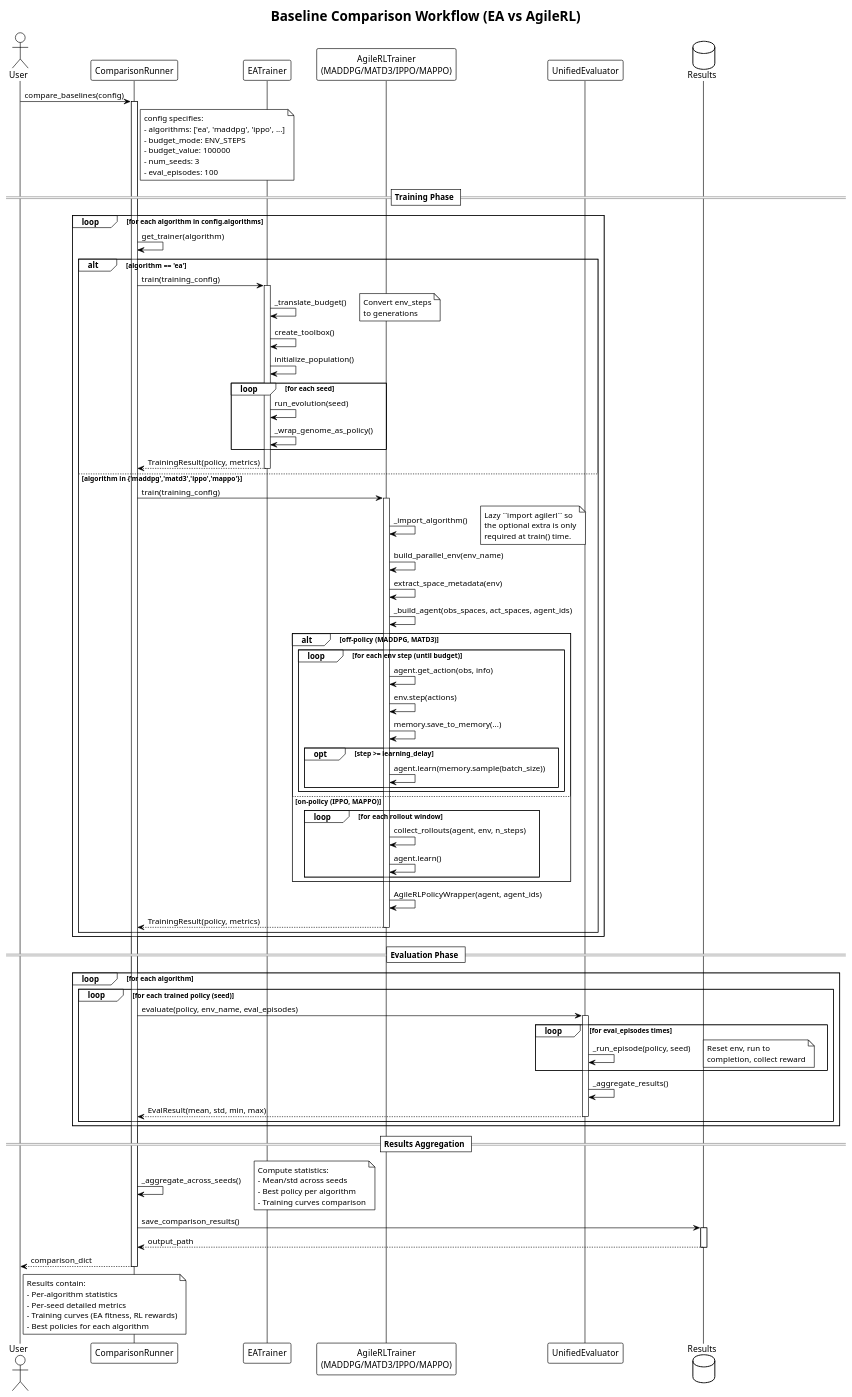
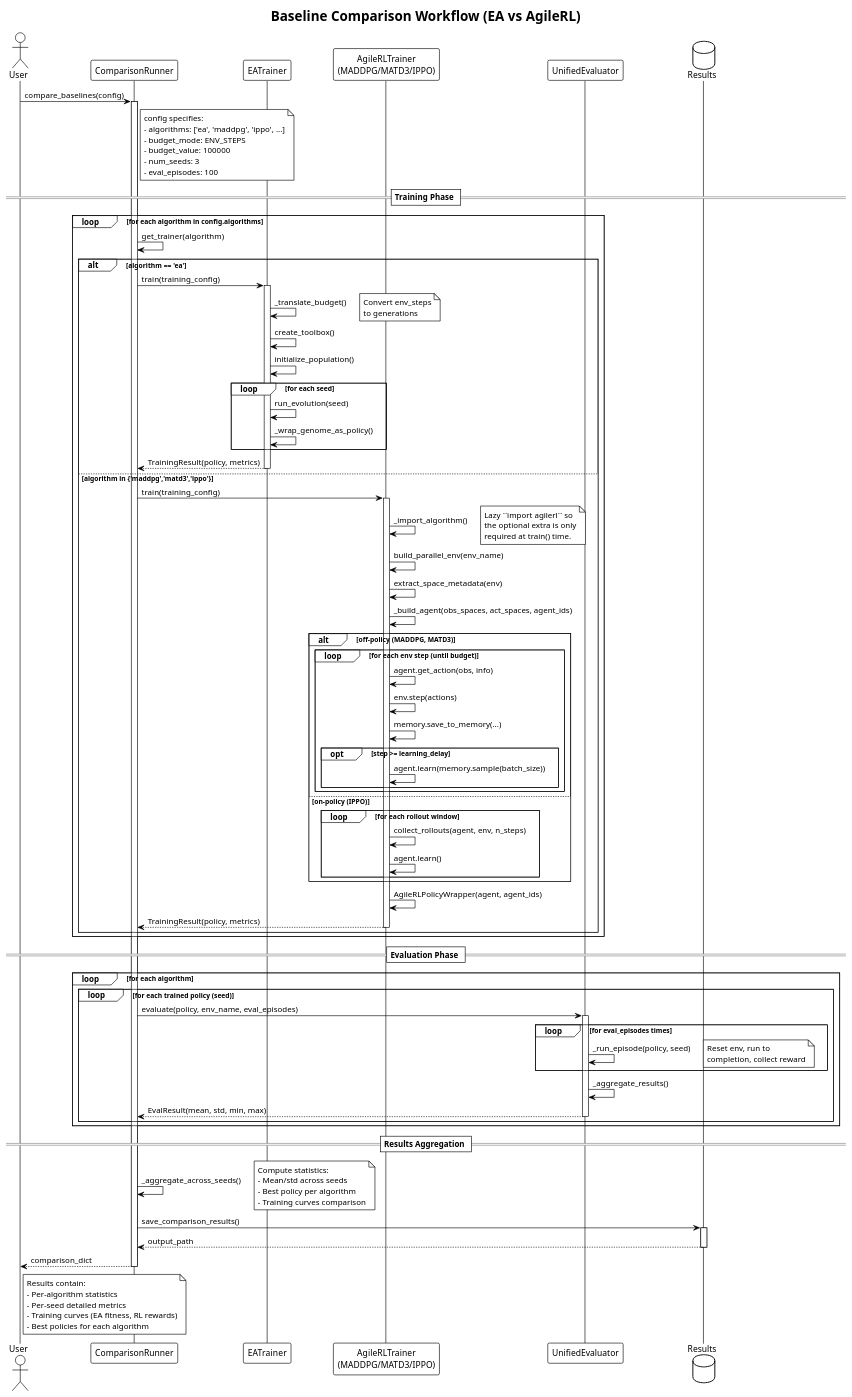
The diagram in docs/UML/sequence_baseline_comparison.puml (Alex180504/DEAP-Zoo-bridge), drawn with PlantUML before and after one commit. The commit also changed 19 other files, not shown here.

```diff
--- a/docs/UML/sequence_baseline_comparison.puml
+++ b/docs/UML/sequence_baseline_comparison.puml
@@ -1,125 +1,125 @@
 @startuml sequence_baseline_comparison
 !theme plain
 
 title Baseline Comparison Workflow (EA vs AgileRL)
 
 actor User
 participant "ComparisonRunner" as Runner
 participant "EATrainer" as EA
-participant "AgileRLTrainer\n(MADDPG/MATD3/IPPO/MAPPO)" as AgileRL
+participant "AgileRLTrainer\n(MADDPG/MATD3/IPPO)" as AgileRL
 participant "UnifiedEvaluator" as Evaluator
 database "Results" as Results
 
 User -> Runner: compare_baselines(config)
 activate Runner
 
 note right of Runner
   config specifies:
   - algorithms: ['ea', 'maddpg', 'ippo', ...]
   - budget_mode: ENV_STEPS
   - budget_value: 100000
   - num_seeds: 3
   - eval_episodes: 100
 end note
 
 == Training Phase ==
 
 loop for each algorithm in config.algorithms
     Runner -> Runner: get_trainer(algorithm)
 
     alt algorithm == 'ea'
         Runner -> EA: train(training_config)
         activate EA
 
         EA -> EA: _translate_budget()
         note right: Convert env_steps\nto generations
 
         EA -> EA: create_toolbox()
         EA -> EA: initialize_population()
 
         loop for each seed
             EA -> EA: run_evolution(seed)
             EA -> EA: _wrap_genome_as_policy()
         end
 
         EA --> Runner: TrainingResult(policy, metrics)
         deactivate EA
 
-    else algorithm in {'maddpg','matd3','ippo','mappo'}
+    else algorithm in {'maddpg','matd3','ippo'}
         Runner -> AgileRL: train(training_config)
         activate AgileRL
 
         AgileRL -> AgileRL: _import_algorithm()
         note right: Lazy ``import agilerl`` so\nthe optional extra is only\nrequired at train() time.
 
         AgileRL -> AgileRL: build_parallel_env(env_name)
         AgileRL -> AgileRL: extract_space_metadata(env)
         AgileRL -> AgileRL: _build_agent(obs_spaces, act_spaces, agent_ids)
 
         alt off-policy (MADDPG, MATD3)
             loop for each env step (until budget)
                 AgileRL -> AgileRL: agent.get_action(obs, info)
                 AgileRL -> AgileRL: env.step(actions)
                 AgileRL -> AgileRL: memory.save_to_memory(...)
                 opt step >= learning_delay
                     AgileRL -> AgileRL: agent.learn(memory.sample(batch_size))
                 end
             end
-        else on-policy (IPPO, MAPPO)
+        else on-policy (IPPO)
             loop for each rollout window
                 AgileRL -> AgileRL: collect_rollouts(agent, env, n_steps)
                 AgileRL -> AgileRL: agent.learn()
             end
         end
 
         AgileRL -> AgileRL: AgileRLPolicyWrapper(agent, agent_ids)
         AgileRL --> Runner: TrainingResult(policy, metrics)
         deactivate AgileRL
     end
 end
 
 == Evaluation Phase ==
 
 loop for each algorithm
     loop for each trained policy (seed)
         Runner -> Evaluator: evaluate(policy, env_name, eval_episodes)
         activate Evaluator
 
         loop for eval_episodes times
             Evaluator -> Evaluator: _run_episode(policy, seed)
             note right: Reset env, run to\ncompletion, collect reward
         end
 
         Evaluator -> Evaluator: _aggregate_results()
         Evaluator --> Runner: EvalResult(mean, std, min, max)
         deactivate Evaluator
     end
 end
 
 == Results Aggregation ==
 
 Runner -> Runner: _aggregate_across_seeds()
 note right
   Compute statistics:
   - Mean/std across seeds
   - Best policy per algorithm
   - Training curves comparison
 end note
 
 Runner -> Results: save_comparison_results()
 activate Results
 Results --> Runner: output_path
 deactivate Results
 
 Runner --> User: comparison_dict
 deactivate Runner
 
 note right of User
   Results contain:
   - Per-algorithm statistics
   - Per-seed detailed metrics
   - Training curves (EA fitness, RL rewards)
   - Best policies for each algorithm
 end note
 
 @enduml
```
